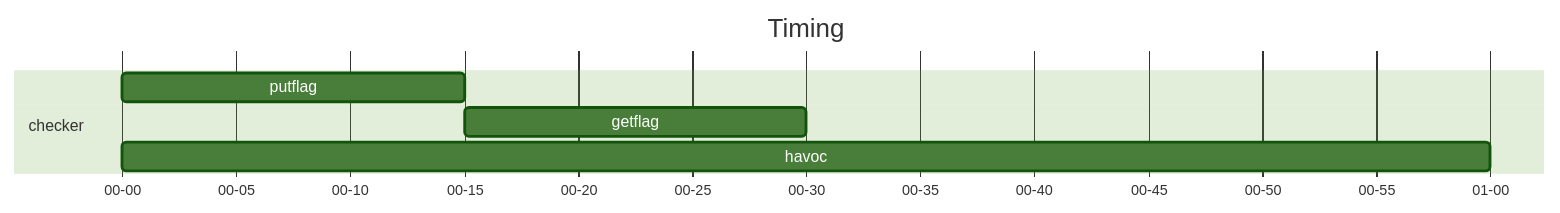
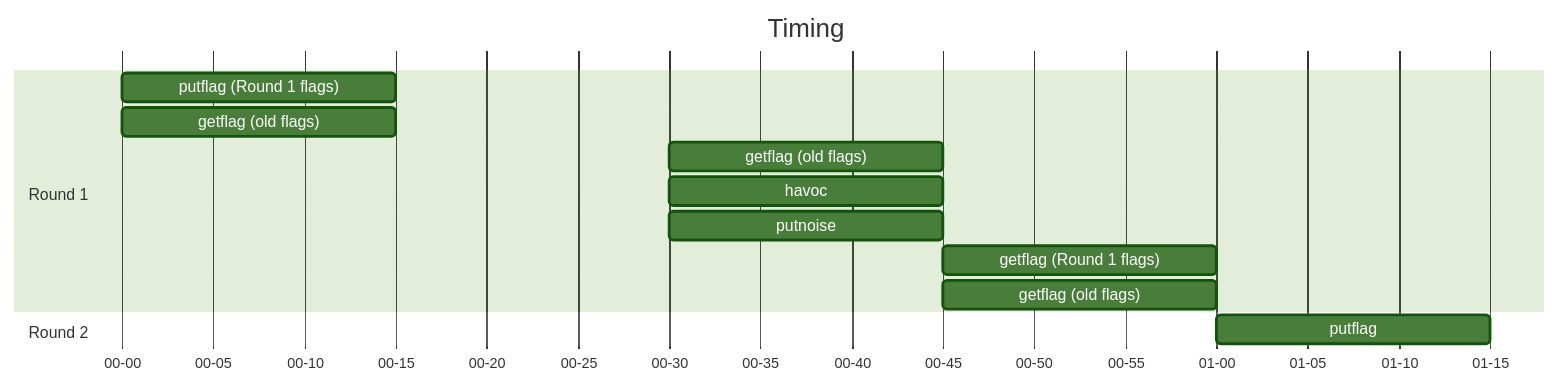
The second of 2 diagrams in docs/engine/round.md (enowars/docs), drawn with Mermaid (forest theme) before and after one commit. The commit also changed other lines of this file and 4 other files, not shown here.

````diff
--- a/docs/engine/round.md
+++ b/docs/engine/round.md
@@ -16,11 +34,22 @@
 ```mermaid
-
 gantt
     title Timing
     dateFormat  mm-ss
     axisFormat  %M-%S
-    section checker
-    putflag         :a1, 00-00, 15s
-    getflag         :after a1  , 15s            
-    havoc           :a2, 00-00, 60s
+    section Round 1
+
+    putflag (Round 1 flags) :r1p1, 00-00, 15s
+    getflag (old flags)     :r0g2, 00-00, 15s
+
+    getflag (old flags)     :r0g2, 00-30, 15s
+    havoc                   :r1h1, 00-30, 15s
+    putnoise                :r1pn1, 00-30, 15s
+
+    getflag (Round 1 flags) :r1g1, 00-45, 15s
+    getflag (old flags)     :r0g3, 00-45, 15s
+
+    section Round 2
+
+    putflag         :a1, 01-00, 15s
+
 ```
````
